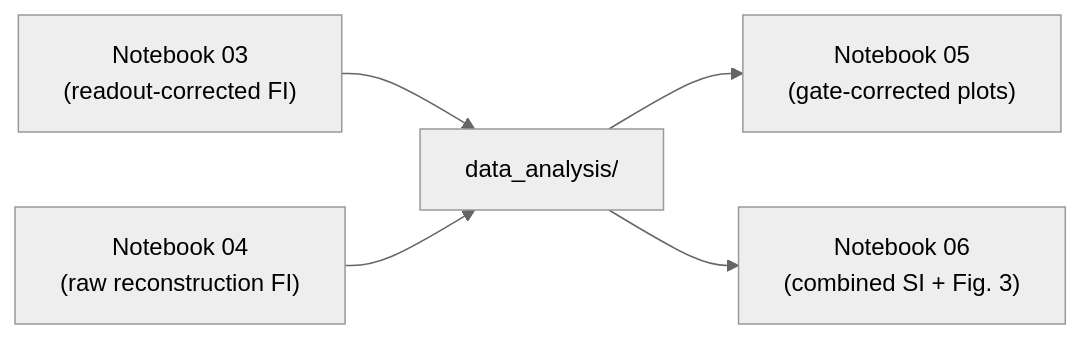
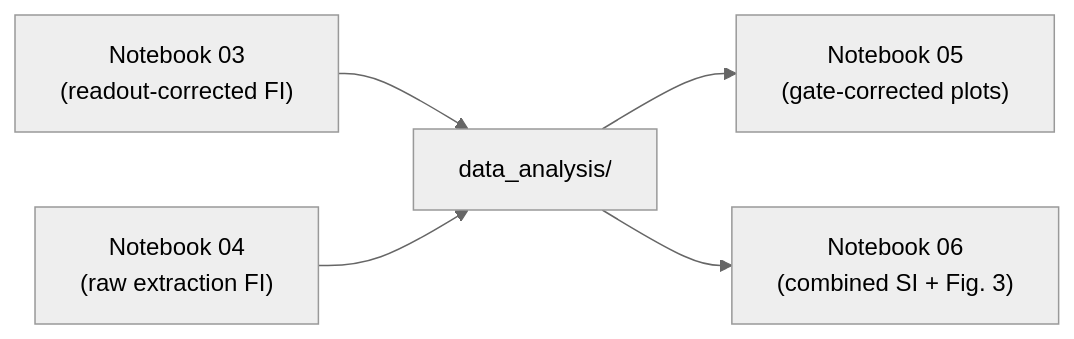
Before and after one commit to murchlab/positronium-sensing: the diagram in data_analysis/README.md, drawn with Mermaid (neutral theme). The commit also changed other lines of this file and 21 other files, not shown here.

````diff
--- a/data_analysis/README.md
+++ b/data_analysis/README.md
@@ -8,7 +8,7 @@
 ```mermaid
 flowchart LR
   nb03["Notebook 03\n(readout-corrected FI)"] --> da["`data_analysis/`"]
-  nb04["Notebook 04\n(raw reconstruction FI)"] --> da
+  nb04["Notebook 04\n(raw extraction FI)"] --> da
   da --> nb05["Notebook 05\n(gate-corrected plots)"]
   da --> nb06["Notebook 06\n(combined SI + Fig. 3)"]
 ```
````
